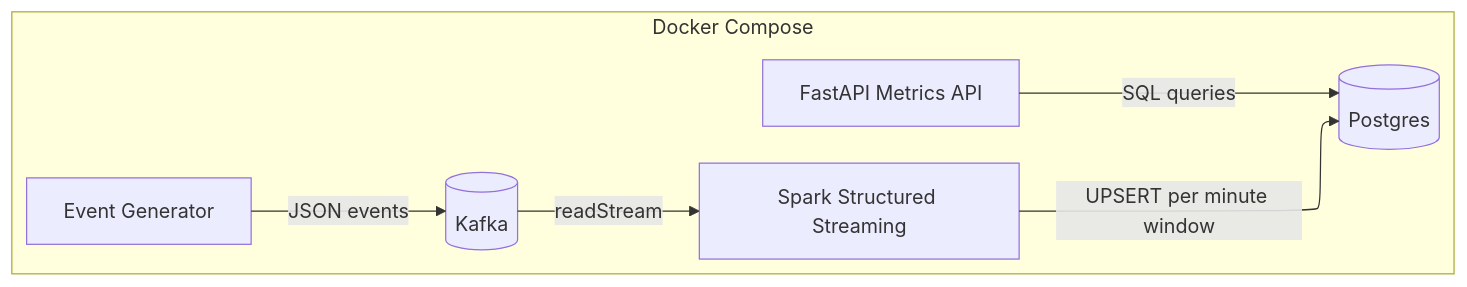
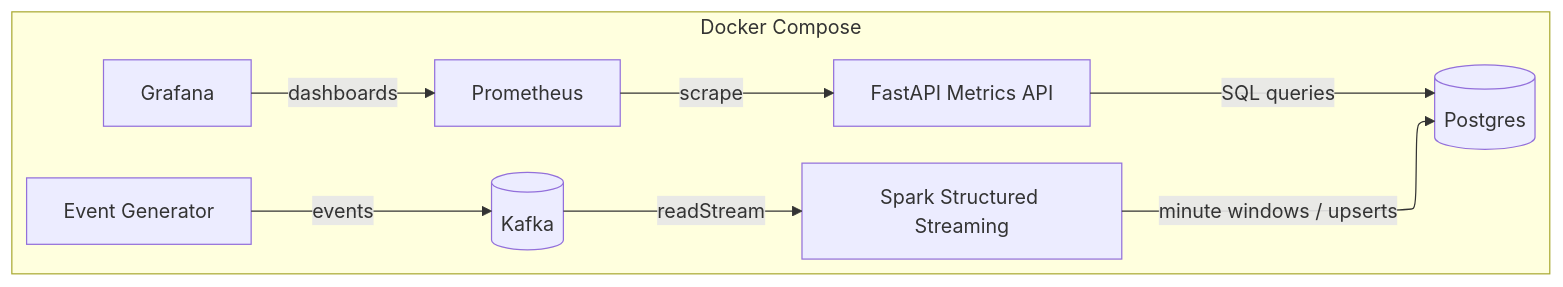
Before and after one commit to Nnikith/real-time-streaming-analytics: the diagram in README.md, drawn with Mermaid. The commit also changed other lines of this file and 14 other files, not shown here.

````diff
--- a/README.md
+++ b/README.md
@@ -19,19 +17,24 @@
 ```mermaid
 ---
 config:
   layout: elk
   theme: mc
 ---
 flowchart LR
- subgraph subGraph0["Docker Compose"]
-        EG["Event Generator"]
-        K[("Kafka")]
-        SP["Spark Structured Streaming"]
-        PG[("Postgres")]
-        API["FastAPI Metrics API"]
+  subgraph Docker Compose
+    EG[Event Generator]
+    K[(Kafka)]
+    SP[Spark Structured Streaming]
+    PG[(Postgres)]
+    API[FastAPI Metrics API]
+    PR[Prometheus]
+    G[Grafana]
   end
-    EG -- JSON events --> K
-    K -- readStream --> SP
-    SP -- UPSERT per minute window --> PG
-    API -- SQL queries --> PG
+
+  EG -->|events| K
+  K -->|readStream| SP
+  SP -->|minute windows / upserts| PG
+  API -->|SQL queries| PG
+  PR -->|scrape| API
+  G -->|dashboards| PR
 ```
````
